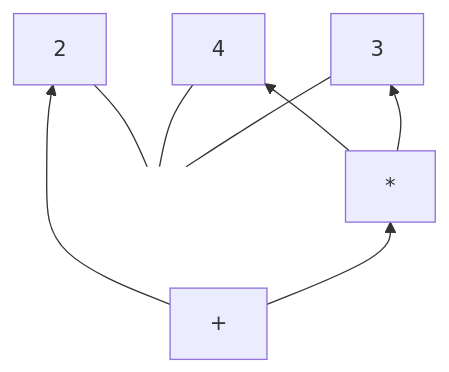
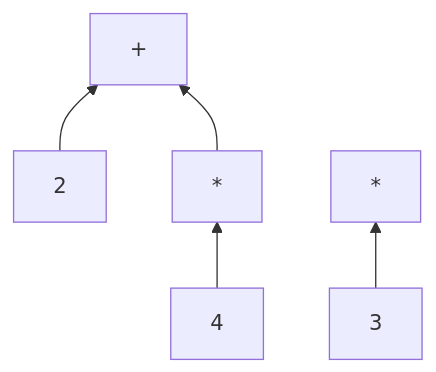
Before and after one commit to jecki/logicConverter: the diagram in Parsing_the_Principia.md, drawn with Mermaid. The commit also changed other lines of this file, not shown here.

````diff
--- a/Parsing_the_Principia.md
+++ b/Parsing_the_Principia.md
@@ -47,21 +47,7 @@
 ```mermaid
 graph BT
-    plus["+"] 
-    times["*"]
-    two["2"]
-    four["4"]
-    three["3"]
-
-    %% Tree edges
-    plus --> two
-    plus --> times
-    times --> four
-    times --> three
-
-    %% Invisible alignment node to keep 2, 4, 3 on one row
-    alignTop[ ]
-    alignTop --- two
-    alignTop --- four
-    alignTop --- three
-    style alignTop fill:none,stroke:none;
+    two["2"] --> plus["+"]
+    four["4"] --> times["*"]
+    three["3"] --> time["*"]
+    times["*"] --> plus["+"]
 ```
````
